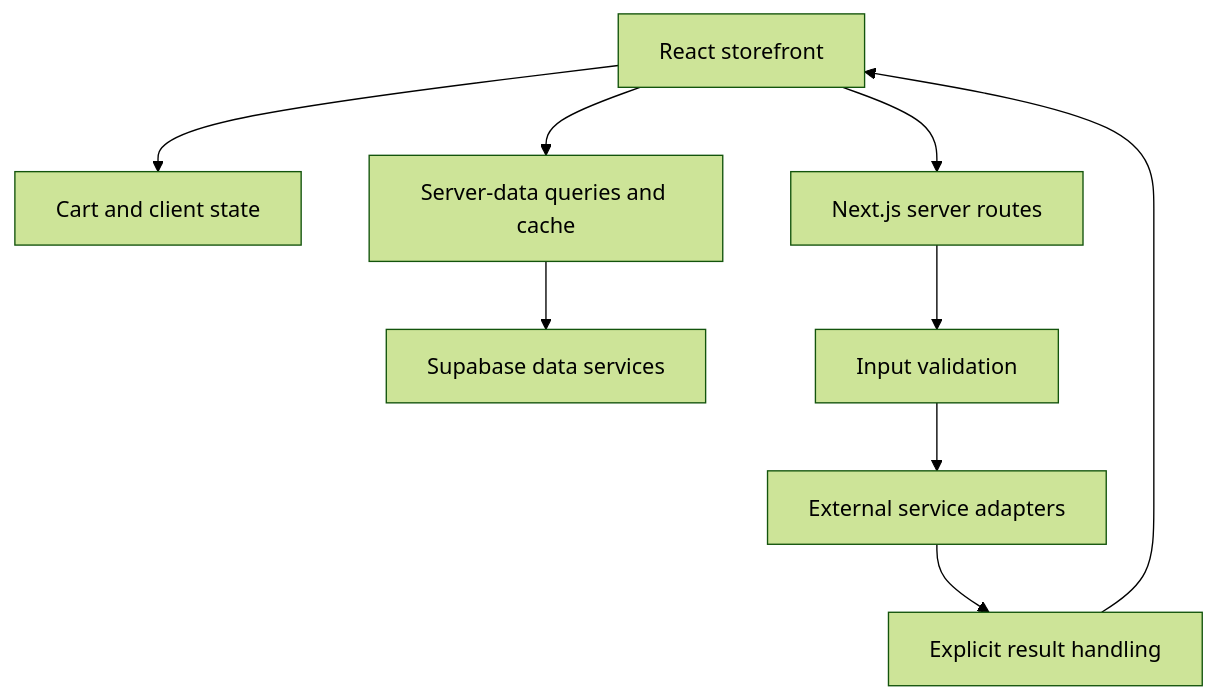
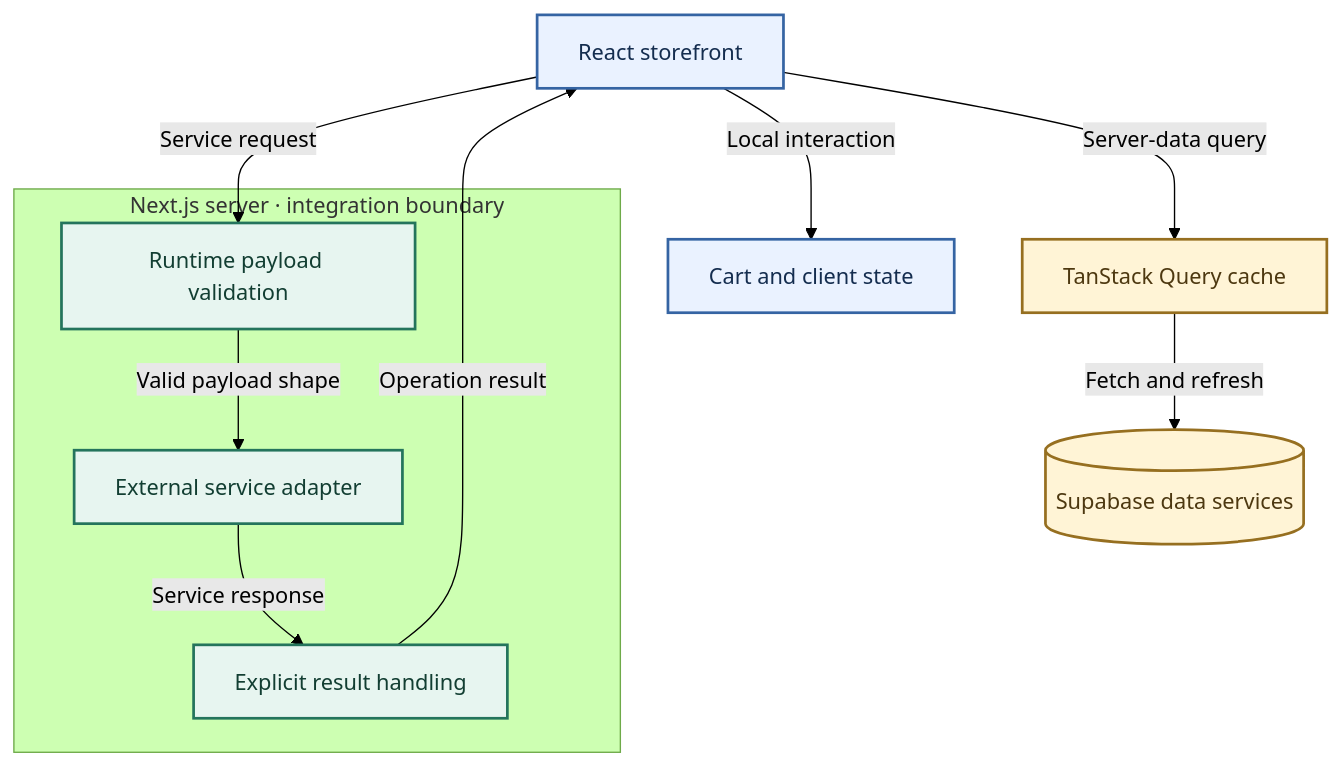
The diagram in README.md (Lawi-Mwaura/Always-Organic-showcase), drawn with Mermaid (forest theme) before and after one commit. The commit also changed other lines of this file, not shown here.

Commit message:
Format project documentation with labelled system design and reviewed screenshots

````diff
--- a/README.md
+++ b/README.md
@@ -19,11 +29,26 @@
 ```mermaid
 flowchart TB
-    UI[React storefront] --> STATE[Cart and client state]
-    UI --> QUERY[Server-data queries and cache]
-    QUERY --> DATA[Supabase data services]
-    UI --> API[Next.js server routes]
-    API --> VALIDATE[Input validation]
-    VALIDATE --> EXT[External service adapters]
-    EXT --> RESULT[Explicit result handling]
-    RESULT --> UI
+    UI[React storefront]
+    STATE[Cart and client state]
+    QUERY[TanStack Query cache]
+    DATA[(Supabase data services)]
+    subgraph SERVER[Next.js server · integration boundary]
+        VALIDATE[Runtime payload validation]
+        EXT[External service adapter]
+        RESULT[Explicit result handling]
+    end
+    UI -->|Local interaction| STATE
+    UI -->|Server-data query| QUERY
+    QUERY -->|Fetch and refresh| DATA
+    UI -->|Service request| VALIDATE
+    VALIDATE -->|Valid payload shape| EXT
+    EXT -->|Service response| RESULT
+    RESULT -->|Operation result| UI
+    classDef client fill:#EAF2FF,stroke:#3564A3,color:#142D4F,stroke-width:2px;
+    classDef service fill:#E7F5F0,stroke:#24745C,color:#123E32,stroke-width:2px;
+    classDef data fill:#FFF4D6,stroke:#966F20,color:#4D3810,stroke-width:2px;
+    classDef control fill:#F2ECFA,stroke:#7653A1,color:#382451,stroke-width:2px;
+    class UI,STATE client;
+    class VALIDATE,EXT,RESULT service;
+    class QUERY,DATA data;
 ```
````
